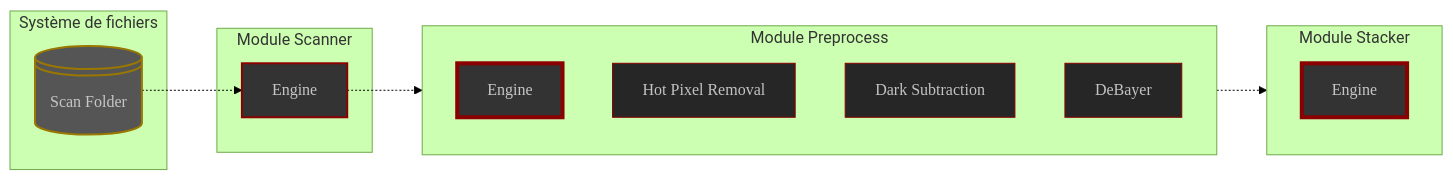
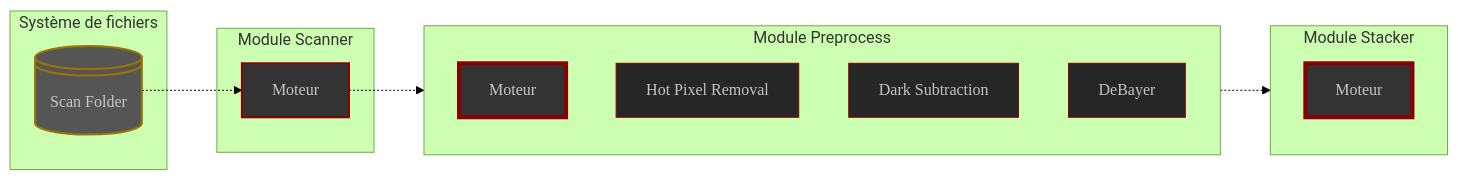
The first of 2 diagrams in content/fr/docs/v0.7/reference/_index.md (deufrai/als), drawn with Mermaid (forest theme) before and after one commit. The commit also changed other lines of this file, not shown here.

Commit message:
fix FR i18n in sub realm FR diagram

````diff
--- a/content/fr/docs/v0.7/reference/_index.md
+++ b/content/fr/docs/v0.7/reference/_index.md
@@ -83,42 +83,42 @@
 ```mermaid
 flowchart LR
 
     subgraph Système de fichiers
         SCAN_FOLDER@{ shape: lin-cyl, label: "Scan Folder" }
     end
         
     subgraph Module Scanner 
-        SCANNER_ENGINE[Engine]
+        SCANNER_ENGINE[Moteur]
     end
            
     subgraph Module Preprocess
         direction TB
-        PREPROCESS_ENGINE[Engine]
+        PREPROCESS_ENGINE[Moteur]
         HOT_PIXEL[Hot Pixel Removal]
         DARK_SUB[Dark Subtraction]
         DEBAYER[DeBayer]
     end  
 
     subgraph Module Stacker
         direction TB
-        STACK_ENGINE[Engine]
+        STACK_ENGINE[Moteur]
     end
 
     SCAN_FOLDER -.-> SCANNER_ENGINE
     SCANNER_ENGINE -.-> PREPROCESS_ENGINE
     PREPROCESS_ENGINE -.-> STACK_ENGINE
     
 
 
     style SCANNER_ENGINE fill:#333,stroke:darkred,stroke-width:2px,color:#c6c6c6,font-family:'Poppins',sans-serif
     
     style PREPROCESS_ENGINE fill:#333,stroke:darkred,stroke-width:4px,color:#c6c6c6,font-family:'Poppins',sans-serif
     style STACK_ENGINE fill:#333,stroke:darkred,stroke-width:4px,color:#c6c6c6,font-family:'Poppins',sans-serif
 
 
     style HOT_PIXEL  fill:#262626,stroke:darkred,stroke-width:1px,color:#c3c3c3,font-family:'Poppins',sans-serif
     style DARK_SUB fill:#262626,stroke:darkred,stroke-width:1px,color:#c3c3c3,font-family:'Poppins',sans-serif
     style DEBAYER fill:#262626,stroke:darkred,stroke-width:1px,color:#c3c3c3,font-family:'Poppins',sans-serif
 
     style SCAN_FOLDER fill:#555,stroke:#970,stroke-width:2px,color:#c6c6c6,font-family:'Poppins',sans-serif
 ```
````
